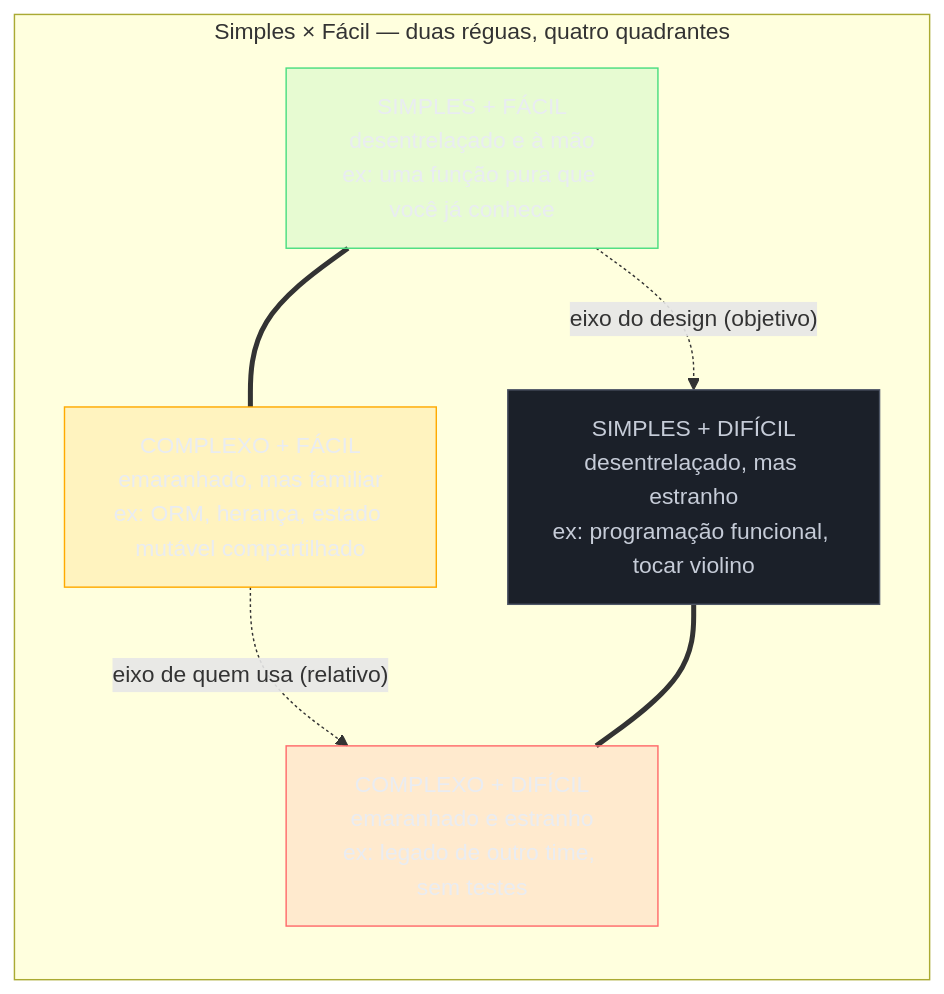
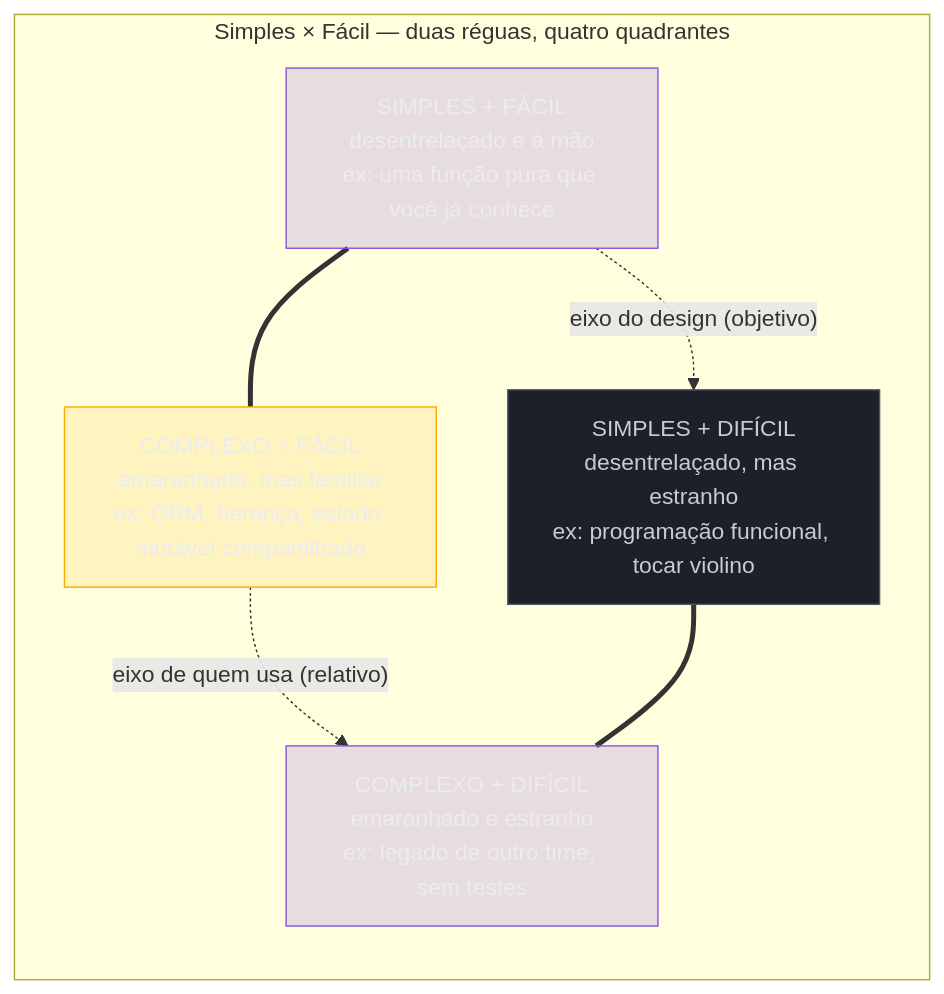
Before and after one commit to josenaldo/codex-technomanticus: the first of 4 diagrams in 03-Dominios/Engenharia/Complexidade de Software/03 - Simplicidade não é facilidade.md, drawn with Mermaid. The commit also changed other lines of this file and 601 other files, not shown here.

````diff
--- a/03-Dominios/Engenharia/Complexidade de Software/03 - Simplicidade não é facilidade.md
+++ b/03-Dominios/Engenharia/Complexidade de Software/03 - Simplicidade não é facilidade.md
@@ -62,22 +62,21 @@
 ```mermaid
 flowchart TD
-    classDef ok fill:#4ADE8021,stroke:#4ADE80,color:#E9ECF2
+    classDef marca fill:#8855DF33,stroke:#8855DF,color:#E9ECF2
     classDef neutro fill:#1B2029,stroke:#4E5666,color:#C6CCD8
     classDef destaque fill:#FFAA0024,stroke:#FFAA00,color:#E9ECF2
-    classDef falha fill:#FF6B6B24,stroke:#FF6B6B,color:#E9ECF2
     subgraph M["Simples × Fácil — duas réguas, quatro quadrantes"]
         direction TB
         A["SIMPLES + FÁCIL<br/>desentrelaçado e à mão<br/>ex: uma função pura que você já conhece"]
         B["SIMPLES + DIFÍCIL<br/>desentrelaçado, mas estranho<br/>ex: programação funcional, tocar violino"]
         C["COMPLEXO + FÁCIL<br/>emaranhado, mas familiar<br/>ex: ORM, herança, estado mutável compartilhado"]
         D["COMPLEXO + DIFÍCIL<br/>emaranhado e estranho<br/>ex: legado de outro time, sem testes"]
     end
     A -.->|"eixo do design (objetivo)"| B
     C -.->|"eixo de quem usa (relativo)"| D
     A === C
     B === D
-    class A ok
+    class A marca
     class B neutro
     class C destaque
-    class D falha
+    class D marca
 ```
````
